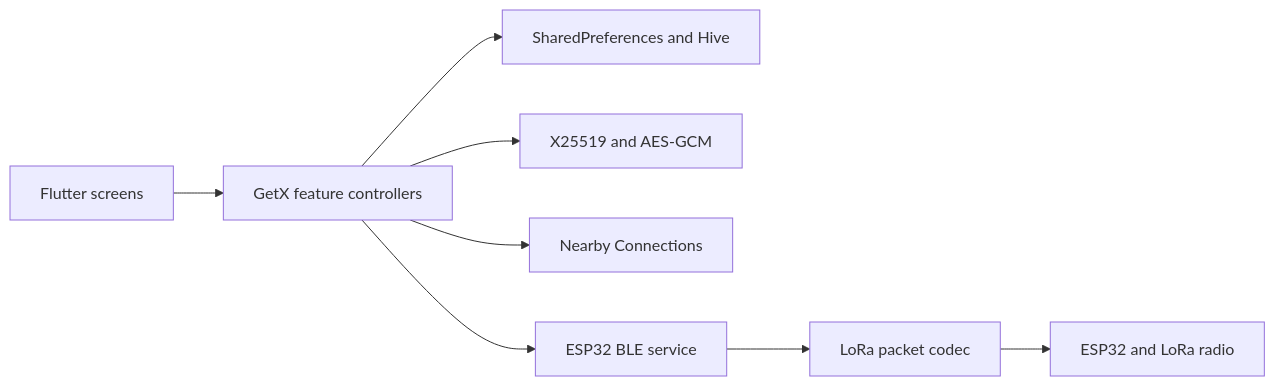
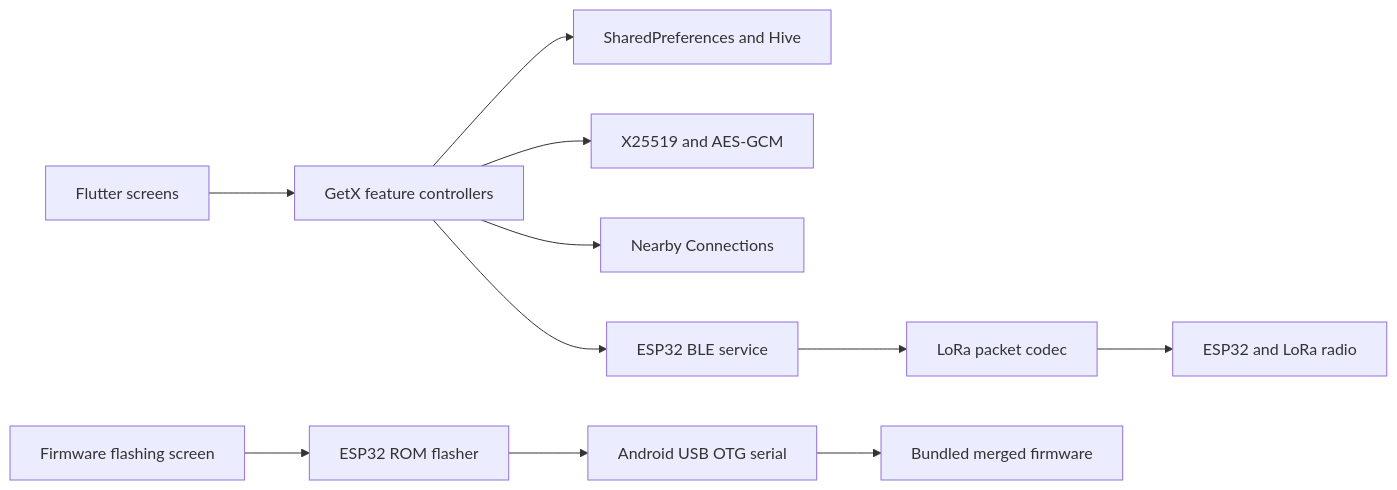
Before and after one commit to nuhanchowdhurylinkdin-a11y/HopTalk: the first of 3 diagrams in README.md, drawn with Mermaid. The commit also changed other lines of this file and 12 other files, not shown here.

Commit message:
ESP32 firmware flashing

````diff
--- a/README.md
+++ b/README.md
@@ -68,10 +84,13 @@
 ```mermaid
 flowchart LR
     UI["Flutter screens"] --> C["GetX feature controllers"]
     C --> Store["SharedPreferences and Hive"]
     C --> Crypto["X25519 and AES-GCM"]
     C --> Nearby["Nearby Connections"]
     C --> BLE["ESP32 BLE service"]
     BLE --> Codec["LoRa packet codec"]
     Codec --> Radio["ESP32 and LoRa radio"]
+    FlashUI["Firmware flashing screen"] --> FlashService["ESP32 ROM flasher"]
+    FlashService --> USB["Android USB OTG serial"]
+    USB --> Firmware["Bundled merged firmware"]
 ```
````
